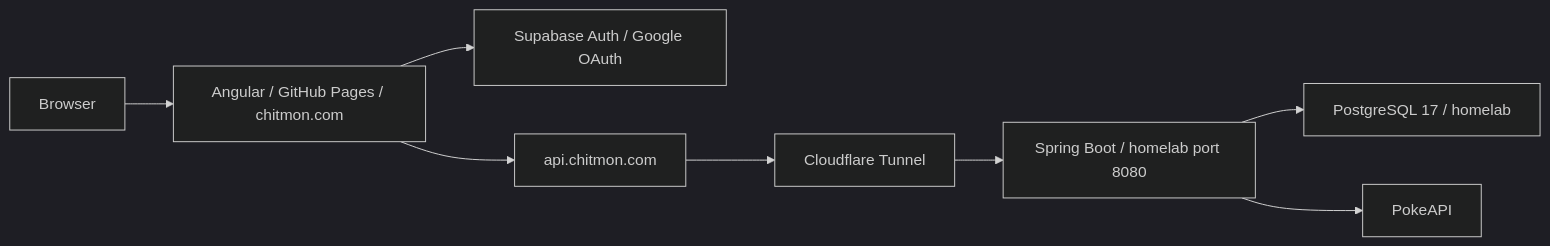
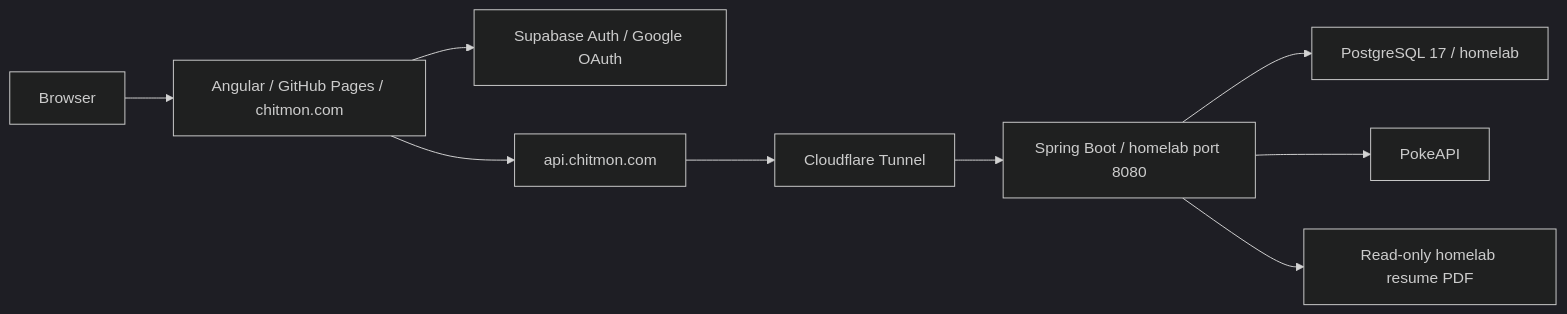
Before and after one commit to austinchitmon/personal-site: the diagram in docs/architecture.md, drawn with Mermaid (dark theme). The commit also changed other lines of this file and 15 other files, not shown here.

Commit message:
Download homelab resume with progress and retry feedback

````diff
--- a/docs/architecture.md
+++ b/docs/architecture.md
@@ -7,10 +7,11 @@
 ```mermaid
 flowchart LR
     Browser --> Frontend[Angular / GitHub Pages / chitmon.com]
     Frontend --> Auth[Supabase Auth / Google OAuth]
     Frontend --> API[api.chitmon.com]
     API --> Tunnel[Cloudflare Tunnel]
     Tunnel --> Backend[Spring Boot / homelab port 8080]
     Backend --> Database[PostgreSQL 17 / homelab]
     Backend --> PokeAPI[PokeAPI]
+    Backend --> Resume[Read-only homelab resume PDF]
 ```
````
